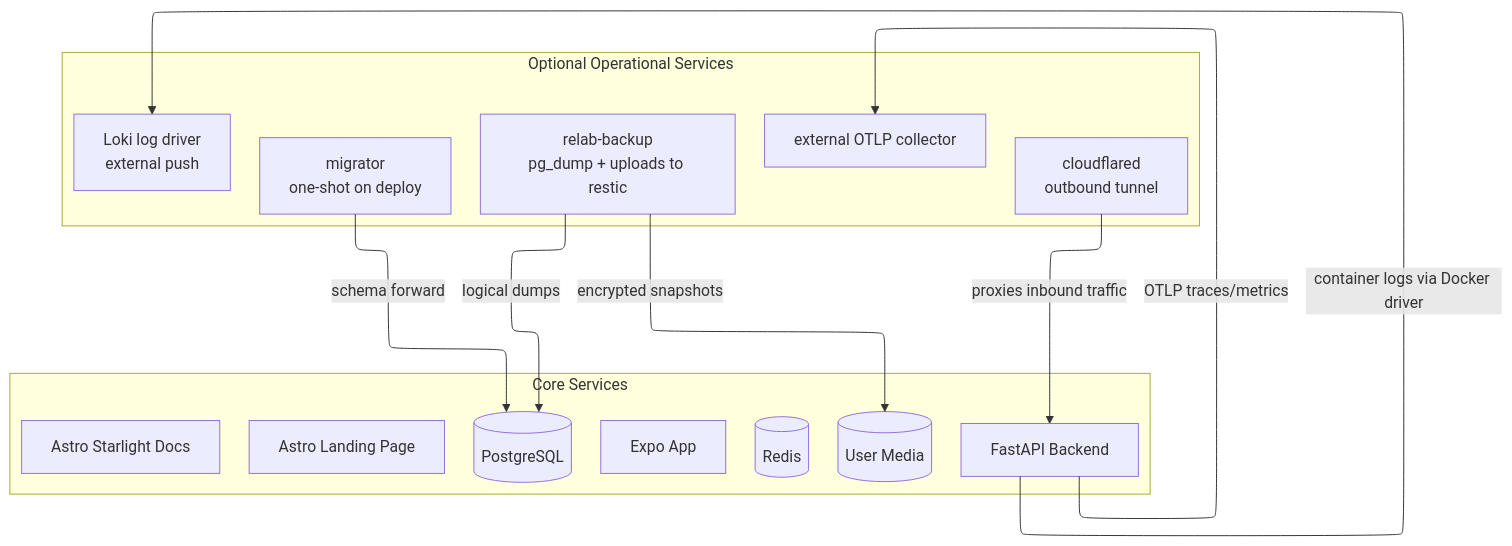
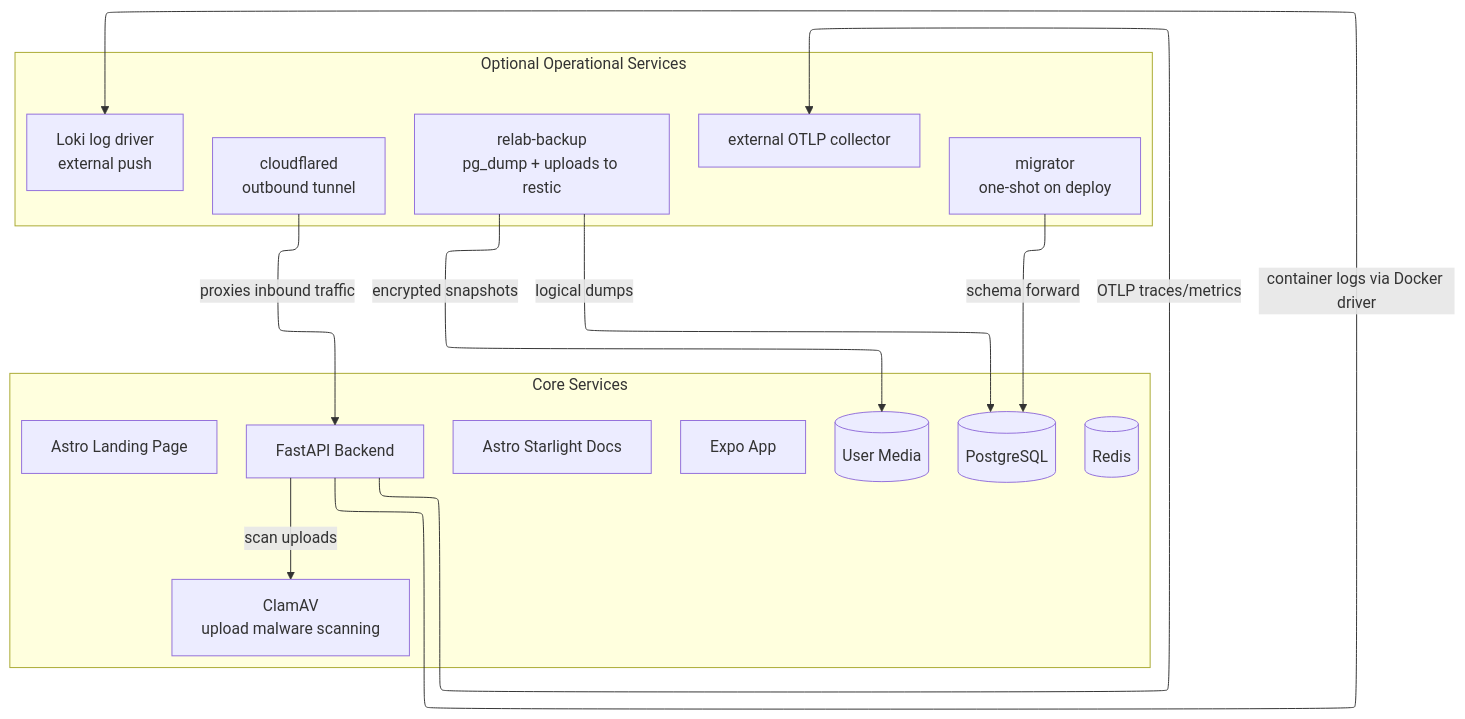
One commit to CMLPlatform/relab changed the diagram in docs/src/content/docs/operations/deployment.mdx. Above: the diagram before and after it, drawn with Mermaid. The commit also changed other lines of this file and 1 other file, not shown here.

Commit message:
docs: Document ClamAV deployment topology

````diff
--- a/docs/src/content/docs/operations/deployment.mdx
+++ b/docs/src/content/docs/operations/deployment.mdx
@@ -12,31 +12,33 @@
 ```mermaid
 ---
 config:
     layout: elk
 ---
 graph TD
     subgraph Core ["Core Services"]
         Backend[FastAPI Backend]
         DB[(PostgreSQL)]
         Cache[(Redis)]
+        ClamAV[ClamAV\nupload malware scanning]
         Uploads[(User Media)]
         FrontendApp[Expo App]
         FrontendWeb[Astro Landing Page]
         Docs[Astro Starlight Docs]
     end
 
     subgraph Operational ["Optional Operational Services"]
         Migrations[migrator\none-shot on deploy]
         Backups[relab-backup\npg_dump + uploads to restic]
         Cloudflared[cloudflared\noutbound tunnel]
         Loki[Loki log driver\nexternal push]
         OTel[external OTLP collector]
     end
 
     Migrations -->|schema forward| DB
     Backups -->|logical dumps| DB
     Backups -->|encrypted snapshots| Uploads
     Cloudflared -->|proxies inbound traffic| Backend
+    Backend -->|scan uploads| ClamAV
     Backend -->|OTLP traces/metrics| OTel
     Backend -->|container logs via Docker driver| Loki
 ```
````
